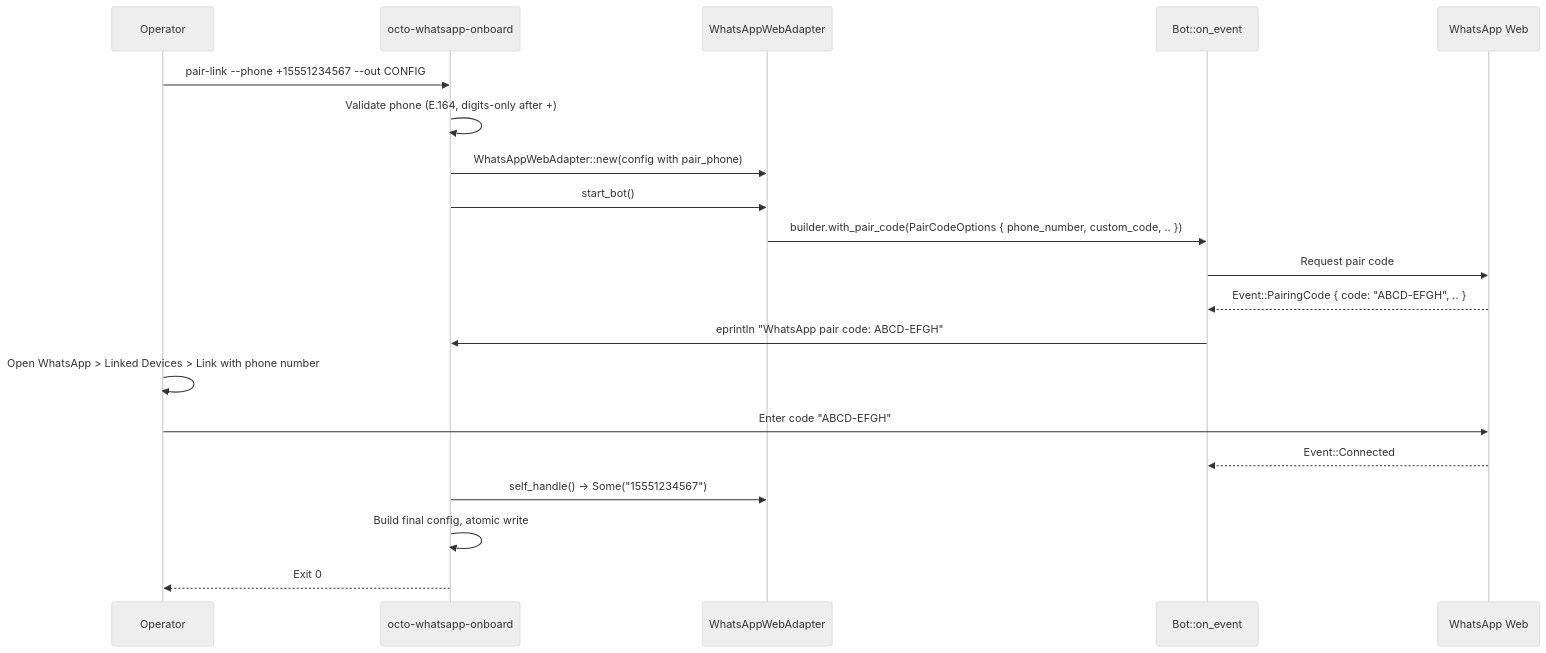
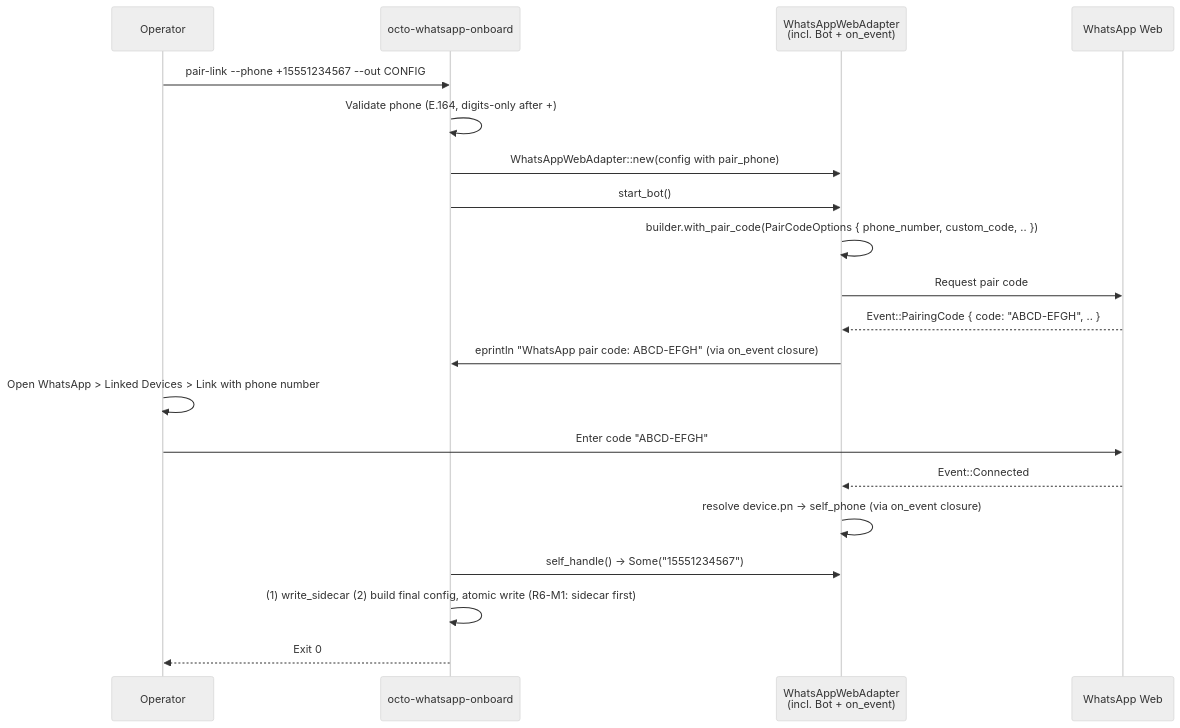
One commit to CipherOcto/cipherocto changed the third of 3 diagrams in rfcs/draft/networking/0850p-a-whatsapp-auth-onboarding.md. Above: the diagram before and after it, drawn with Mermaid (neutral theme). The commit also changed other lines of this file and 1 other file, not shown here.

````diff
--- a/rfcs/draft/networking/0850p-a-whatsapp-auth-onboarding.md
+++ b/rfcs/draft/networking/0850p-a-whatsapp-auth-onboarding.md
@@ -234,23 +233,23 @@
 ```mermaid
 sequenceDiagram
     participant Op as Operator
     participant CLI as octo-whatsapp-onboard
-    participant Adapter as WhatsAppWebAdapter
-    participant Bot as Bot::on_event
+    participant Adapter as WhatsAppWebAdapter<br/>(incl. Bot + on_event)
     participant WA as WhatsApp Web
 
     Op->>CLI: pair-link --phone +15551234567 --out CONFIG
     CLI->>CLI: Validate phone (E.164, digits-only after +)
     CLI->>Adapter: WhatsAppWebAdapter::new(config with pair_phone)
     CLI->>Adapter: start_bot()
-    Adapter->>Bot: builder.with_pair_code(PairCodeOptions { phone_number, custom_code, .. })
-    Bot->>WA: Request pair code
-    WA-->>Bot: Event::PairingCode { code: "ABCD-EFGH", .. }
-    Bot->>CLI: eprintln "WhatsApp pair code: ABCD-EFGH"
+    Adapter->>Adapter: builder.with_pair_code(PairCodeOptions { phone_number, custom_code, .. })
+    Adapter->>WA: Request pair code
+    WA-->>Adapter: Event::PairingCode { code: "ABCD-EFGH", .. }
+    Adapter->>CLI: eprintln "WhatsApp pair code: ABCD-EFGH" (via on_event closure)
     Op->>Op: Open WhatsApp > Linked Devices > Link with phone number
     Op->>WA: Enter code "ABCD-EFGH"
-    WA-->>Bot: Event::Connected
+    WA-->>Adapter: Event::Connected
+    Adapter->>Adapter: resolve device.pn → self_phone (via on_event closure)
     CLI->>Adapter: self_handle() → Some("15551234567")
-    CLI->>CLI: Build final config, atomic write
+    CLI->>CLI: (1) write_sidecar (2) build final config, atomic write (R6-M1: sidecar first)
     CLI-->>Op: Exit 0
 ```
````
